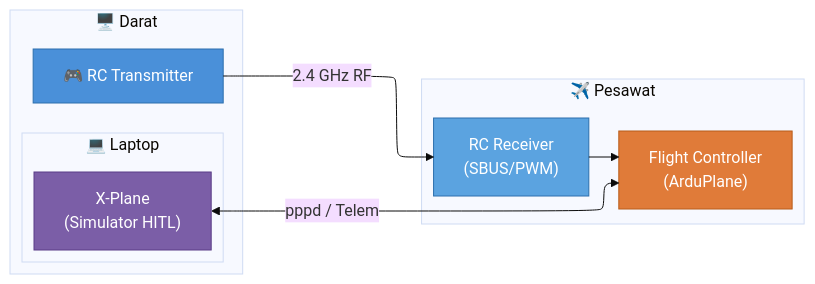
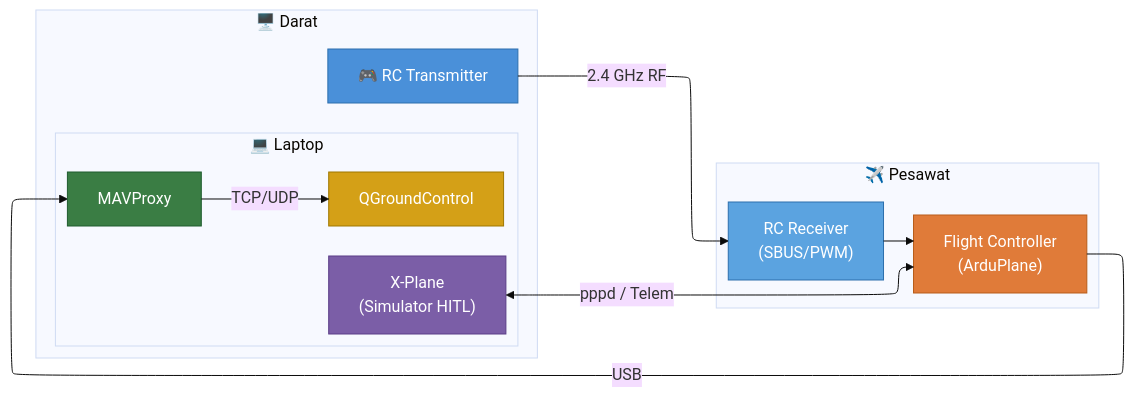
The diagram in docs/chart_02_initial_architecture.mmd (musaelhanafi/drone-seeker), drawn with Mermaid (base theme) before and after one commit. The commit also changed 2 other files, not shown here.

```diff
--- a/docs/chart_02_initial_architecture.mmd
+++ b/docs/chart_02_initial_architecture.mmd
@@ -1,24 +1,30 @@
 %%{init: {"flowchart": {"defaultRenderer": "elk"}}}%%
 flowchart LR
     subgraph GROUND["🖥️ Darat"]
         direction TB
         RCTX["🎮 RC Transmitter"]
         subgraph LAPTOP["💻 Laptop"]
             XP["X-Plane\n(Simulator HITL)"]
+            MAV["MAVProxy"]
+            QGC["QGroundControl"]
         end
     end
 
     subgraph AIRFRAME["✈️ Pesawat"]
         direction TB
         RCRX["RC Receiver\n(SBUS/PWM)"]
         FC["Flight Controller\n(ArduPlane)"]
         RCRX --> FC
     end
 
     RCTX -->|"2.4 GHz RF"| RCRX
     XP <-->|"pppd / Telem"| FC
+    FC -->|"USB"| MAV
+    MAV -->|"TCP/UDP"| QGC
 
     style RCTX   fill:#4A90D9,stroke:#2c6fad,color:#fff
     style RCRX   fill:#5BA3E0,stroke:#2c6fad,color:#fff
     style XP     fill:#7B5EA7,stroke:#5a3d87,color:#fff
     style FC     fill:#E07B39,stroke:#b85c1a,color:#fff
+    style MAV    fill:#3A7D44,stroke:#1f5c2e,color:#fff
+    style QGC    fill:#D4A017,stroke:#a07800,color:#fff
```
